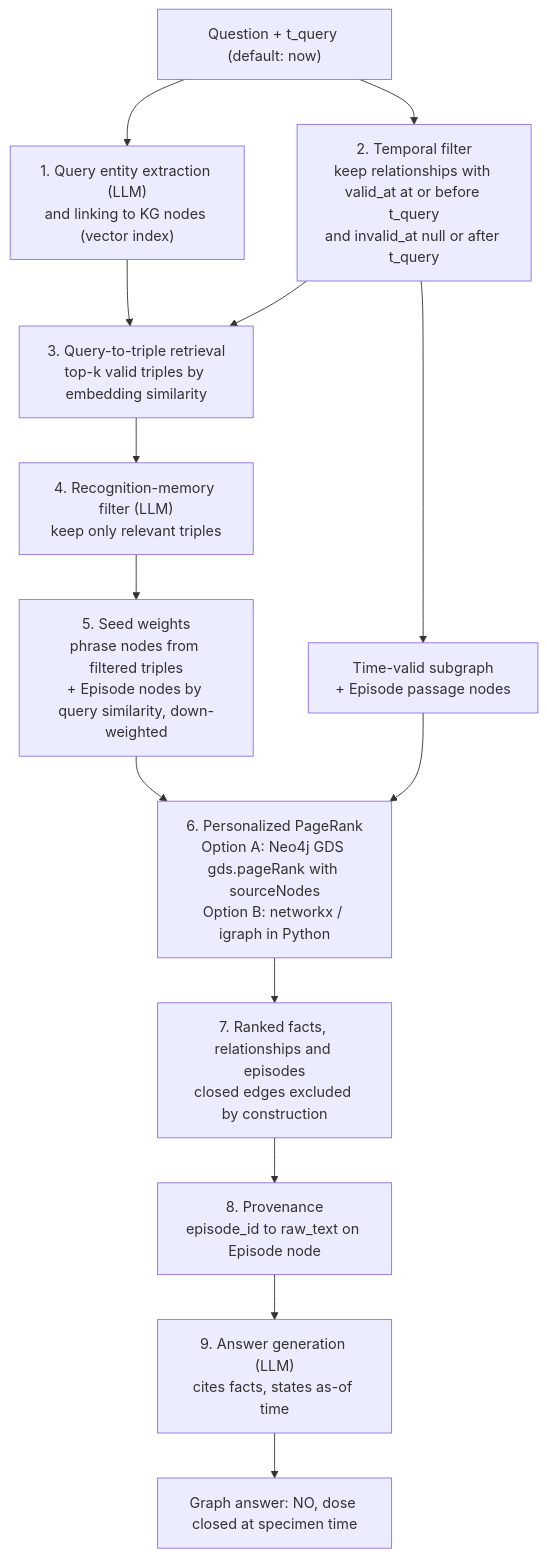
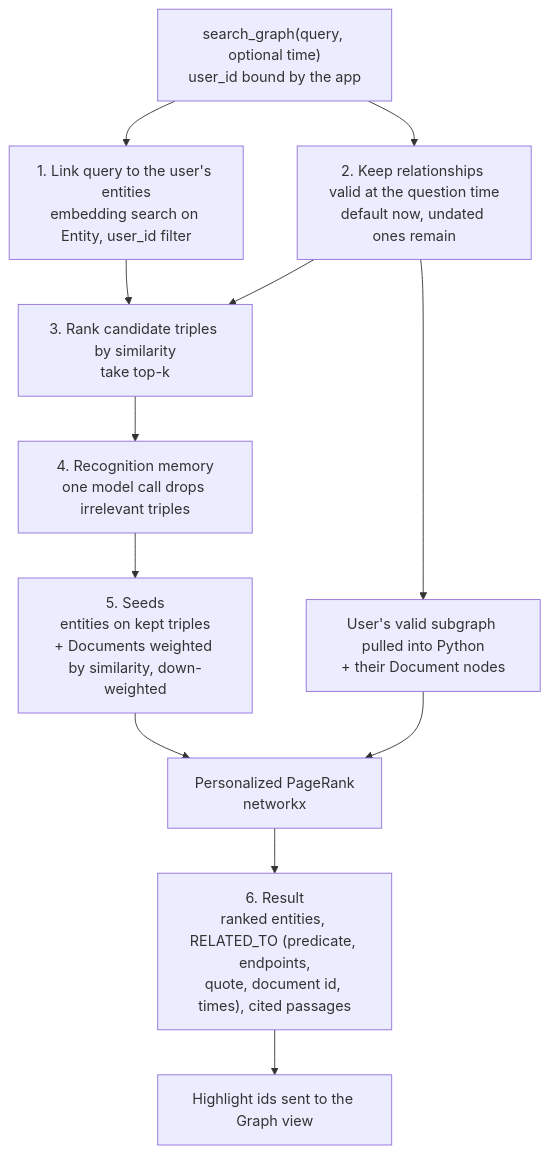
One commit to chikku1234568/jewel changed the fourth of 5 diagrams in docs/architecture.md. Above: the diagram before and after it, drawn with Mermaid. The commit also changed other lines of this file and 36 other files, not shown here.

First line of the commit message:
Docs: architecture, ADRs, open questions and diagrams for the new product

````diff
--- a/docs/architecture.md
+++ b/docs/architecture.md
@@ -369,16 +213,15 @@
 ```mermaid
+%% name: 04-retriever-pipeline
 flowchart TD
-    Q["Question + t_query (default: now)"] --> NER["1. Query entity extraction (LLM)<br/>and linking to KG nodes (vector index)"]
-    Q --> TF["2. Temporal filter<br/>keep relationships with valid_at at or before t_query<br/>and invalid_at null or after t_query"]
-    TF --> CAND["3. Query-to-triple retrieval<br/>top-k valid triples by embedding similarity"]
-    NER --> CAND
-    CAND --> RM["4. Recognition-memory filter (LLM)<br/>keep only relevant triples"]
-    RM --> SEED["5. Seed weights<br/>phrase nodes from filtered triples<br/>+ Episode nodes by query similarity, down-weighted"]
-    TF --> SUB["Time-valid subgraph<br/>+ Episode passage nodes"]
-    SEED --> PPR["6. Personalized PageRank<br/>Option A: Neo4j GDS gds.pageRank with sourceNodes<br/>Option B: networkx / igraph in Python"]
-    SUB --> PPR
-    PPR --> RANK["7. Ranked facts, relationships and episodes<br/>closed edges excluded by construction"]
-    RANK --> PROV["8. Provenance<br/>episode_id to raw_text on Episode node"]
-    PROV --> GEN["9. Answer generation (LLM)<br/>cites facts, states as-of time"]
-    GEN --> OUT["Graph answer: NO, dose closed at specimen time"]
+    Q["search_graph(query, optional time)<br/>user_id bound by the app"] --> L["1. Link query to the user's entities<br/>embedding search on Entity, user_id filter"]
+    Q --> V["2. Keep relationships valid at the question time<br/>default now, undated ones remain"]
+    L --> R["3. Rank candidate triples by similarity<br/>take top-k"]
+    V --> R
+    R --> M["4. Recognition memory<br/>one model call drops irrelevant triples"]
+    M --> S["5. Seeds<br/>entities on kept triples<br/>+ Documents weighted by similarity, down-weighted"]
+    V --> G["User's valid subgraph pulled into Python<br/>+ their Document nodes"]
+    S --> P["Personalized PageRank<br/>networkx"]
+    G --> P
+    P --> OUT["6. Result<br/>ranked entities, RELATED_TO (predicate, endpoints,<br/>quote, document id, times), cited passages"]
+    OUT --> HL["Highlight ids sent to the Graph view"]
 ```
````
